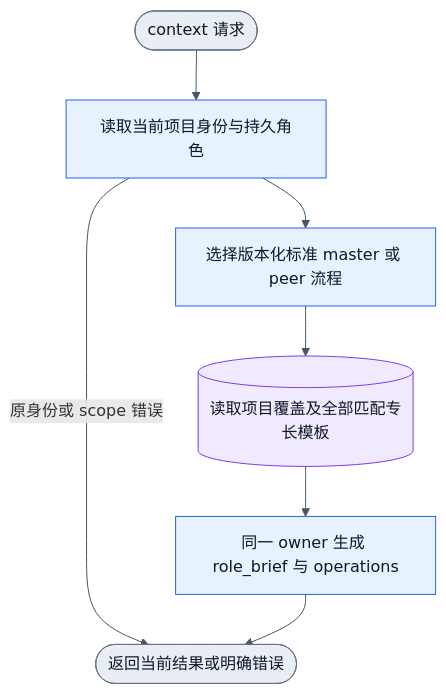
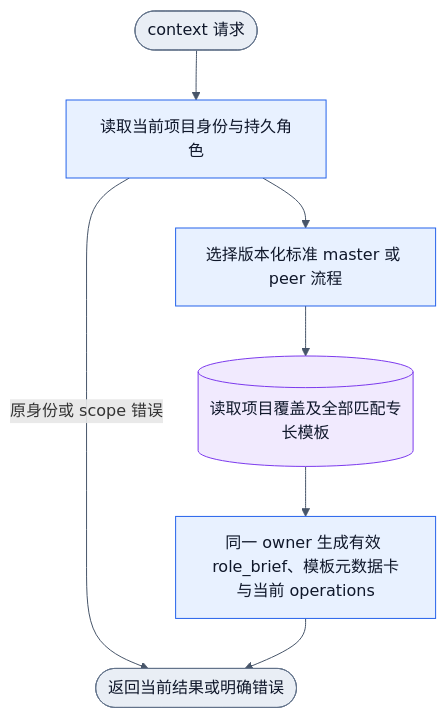
One commit to Jasonzhangf/appsdk changed the diagram in collab/docs/design/workflow-templates.md. Above: the diagram before and after it, drawn with Mermaid. The commit also changed other lines of this file and 44 other files, not shown here.

````diff
--- a/collab/docs/design/workflow-templates.md
+++ b/collab/docs/design/workflow-templates.md
@@ -41,13 +52,13 @@
 ```mermaid
 flowchart TD
   S([context 请求]):::boundary --> A[读取当前项目身份与持久角色]:::action
   A --> B[选择版本化标准 master 或 peer 流程]:::action
   B --> C[(读取项目覆盖及全部匹配专长模板)]:::data
-  C --> D[同一 owner 生成 role_brief 与 operations]:::action
+  C --> D[同一 owner 生成有效 role_brief、模板元数据卡与当前 operations]:::action
   A -->|原身份或 scope 错误| Z([返回当前结果或明确错误]):::boundary
   D --> Z
   classDef boundary fill:#E9EEF5,stroke:#64748B,color:#0F172A
   classDef action fill:#E8F1FF,stroke:#2563EB,color:#0F172A
   classDef data fill:#F1EAFE,stroke:#7C3AED,color:#0F172A
   linkStyle default stroke:#475569
 ```
````
